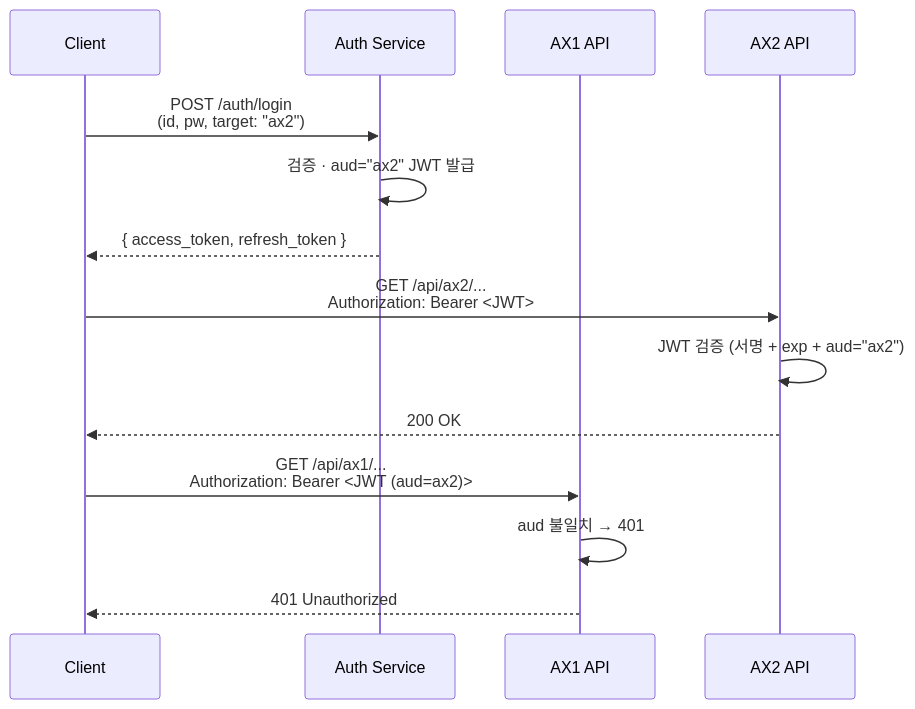
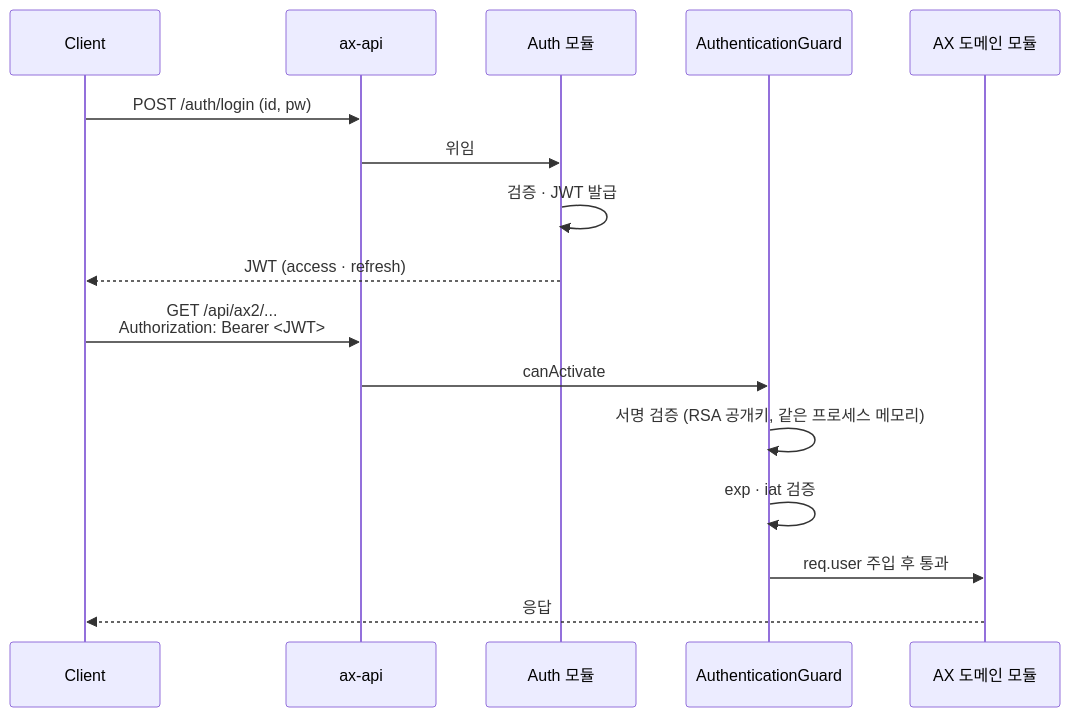
The diagram in ChangShin/Backend/10 - Auth Strategy.md (hakseon-yoo/obsidian-memories), drawn with Mermaid before and after one commit. The commit also changed other lines of this file and 16 other files, not shown here.

````diff
--- a/ChangShin/Backend/10 - Auth Strategy.md
+++ b/ChangShin/Backend/10 - Auth Strategy.md
@@ -26,19 +30,20 @@
 ```mermaid
 sequenceDiagram
   participant C as Client
-  participant Auth as Auth Service
-  participant AX1 as AX1 API
-  participant AX2 as AX2 API
+  participant API as ax-api
+  participant Auth as Auth 모듈
+  participant Guard as AuthenticationGuard
+  participant Domain as AX 도메인 모듈
 
-  C->>Auth: POST /auth/login<br/>(id, pw, target: "ax2")
-  Auth->>Auth: 검증 · aud="ax2" JWT 발급
-  Auth-->>C: { access_token, refresh_token }
+  C->>API: POST /auth/login (id, pw)
+  API->>Auth: 위임
+  Auth->>Auth: 검증 · JWT 발급
+  Auth-->>C: JWT (access · refresh)
 
-  C->>AX2: GET /api/ax2/...<br/>Authorization: Bearer <JWT>
-  AX2->>AX2: JWT 검증 (서명 + exp + aud="ax2")
-  AX2-->>C: 200 OK
-
-  C->>AX1: GET /api/ax1/...<br/>Authorization: Bearer <JWT (aud=ax2)>
-  AX1->>AX1: aud 불일치 → 401
-  AX1-->>C: 401 Unauthorized
+  C->>API: GET /api/ax2/...<br/>Authorization: Bearer <JWT>
+  API->>Guard: canActivate
+  Guard->>Guard: 서명 검증 (RSA 공개키, 같은 프로세스 메모리)
+  Guard->>Guard: exp · iat 검증
+  Guard->>Domain: req.user 주입 후 통과
+  Domain-->>C: 응답
 ```
````
